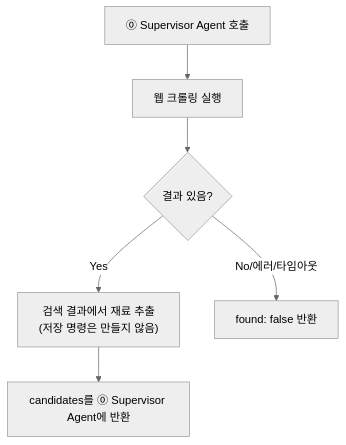
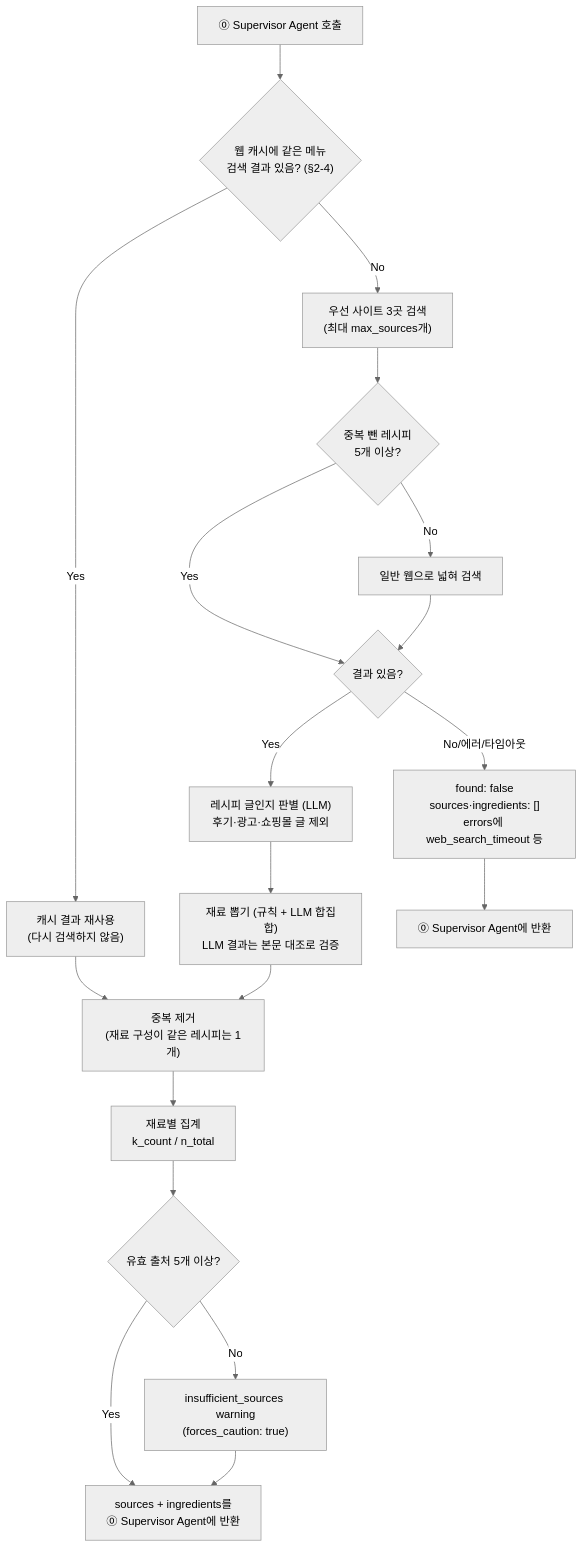
The second of 2 diagrams in docs/agent-6-websearch.md (Han-Spoon/ai), drawn with Mermaid (neutral theme) before and after one commit. The commit also changed other lines of this file, not shown here.

Commit message:
docs(websearch): align contract and search rules

````diff
--- a/docs/agent-6-websearch.md
+++ b/docs/agent-6-websearch.md
@@ -85,8 +269,21 @@
 ```mermaid
 flowchart TD
-    S[⓪ Supervisor Agent 호출] --> Q[웹 크롤링 실행]
-    Q --> R{결과 있음?}
-    R -->|Yes| C["검색 결과에서 재료 추출<br/>(저장 명령은 만들지 않음)"]
-    R -->|No/에러/타임아웃| F["found: false 반환"]
-    C --> OUT["candidates를 ⓪ Supervisor Agent에 반환"]
+    S[⓪ Supervisor Agent 호출] --> CA{"웹 캐시에 같은 메뉴<br/>검색 결과 있음? (§2-4)"}
+    CA -->|Yes| CR["캐시 결과 재사용<br/>(다시 검색하지 않음)"]
+    CR --> D
+    CA -->|No| Q["우선 사이트 3곳 검색<br/>(최대 max_sources개)"]
+    Q --> QE{"중복 뺀 레시피<br/>5개 이상?"}
+    QE -->|No| QG["일반 웹으로 넓혀 검색"]
+    QE -->|Yes| R{결과 있음?}
+    QG --> R
+    R -->|No/에러/타임아웃| F["found: false<br/>sources·ingredients: []<br/>errors에 web_search_timeout 등"]
+    R -->|Yes| RJ["레시피 글인지 판별 (LLM)<br/>후기·광고·쇼핑몰 글 제외"]
+    RJ --> C["재료 뽑기 (규칙 + LLM 합집합)<br/>LLM 결과는 본문 대조로 검증"]
+    C --> D["중복 제거<br/>(재료 구성이 같은 레시피는 1개)"]
+    D --> AGG["재료별 집계<br/>k_count / n_total"]
+    AGG --> MIN{"유효 출처 5개 이상?"}
+    MIN -->|No| W["insufficient_sources warning<br/>(forces_caution: true)"]
+    MIN -->|Yes| OUT
+    W --> OUT["sources + ingredients를<br/>⓪ Supervisor Agent에 반환"]
+    F --> OUT2[⓪ Supervisor Agent에 반환]
 ```
````
